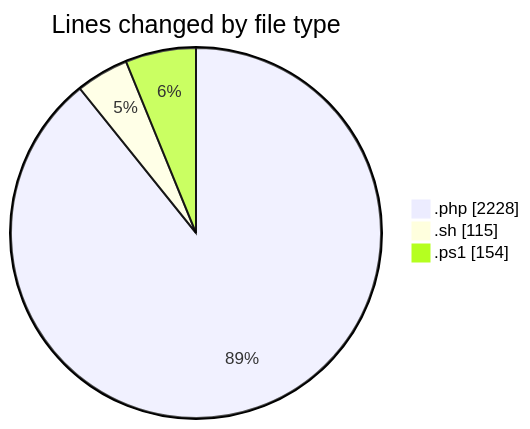
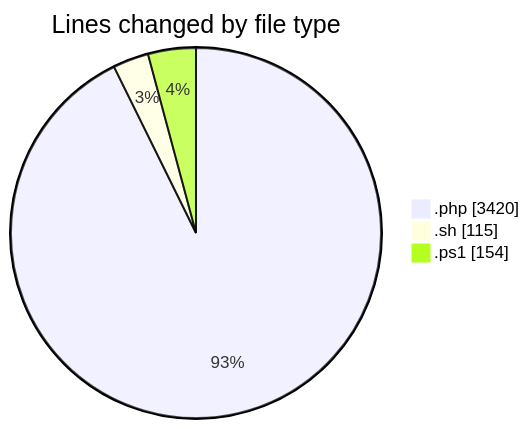
One commit to debugP/code-tracking changed the first of 2 diagrams in 2025-10-06/untitled__workspace_/README.md. Above: the diagram before and after it, drawn with Mermaid. The commit also changed other lines of this file and 1 other file, not shown here.

````diff
--- a/2025-10-06/untitled__workspace_/README.md
+++ b/2025-10-06/untitled__workspace_/README.md
@@ -27,7 +27,7 @@
 ```mermaid
 pie showData
 title Lines changed by file type
-".php" : 2228
+".php" : 3420
 ".sh" : 115
 ".ps1" : 154
 ```
````
